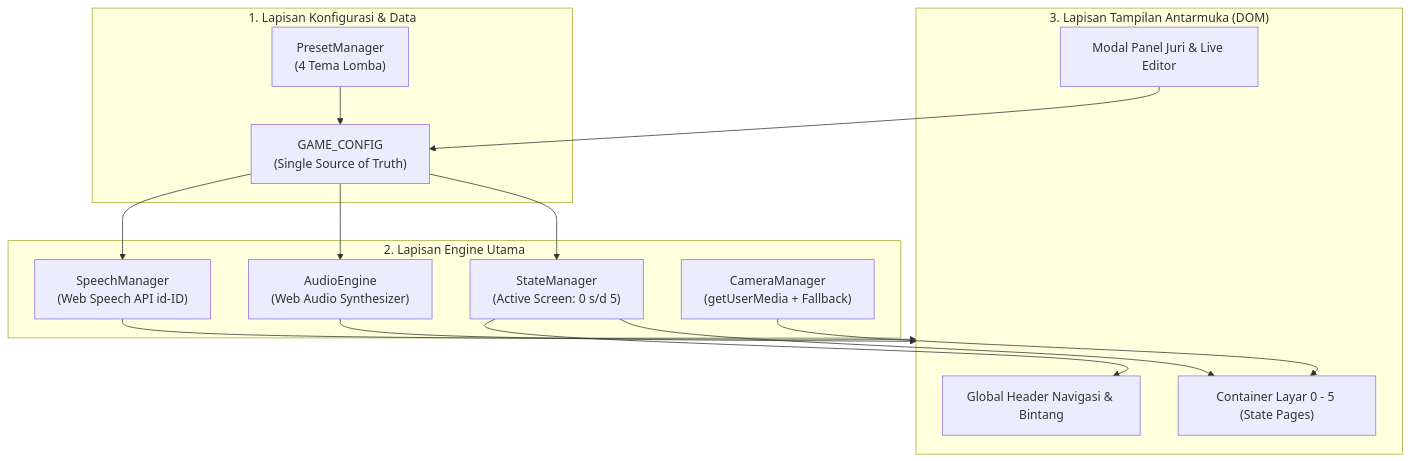
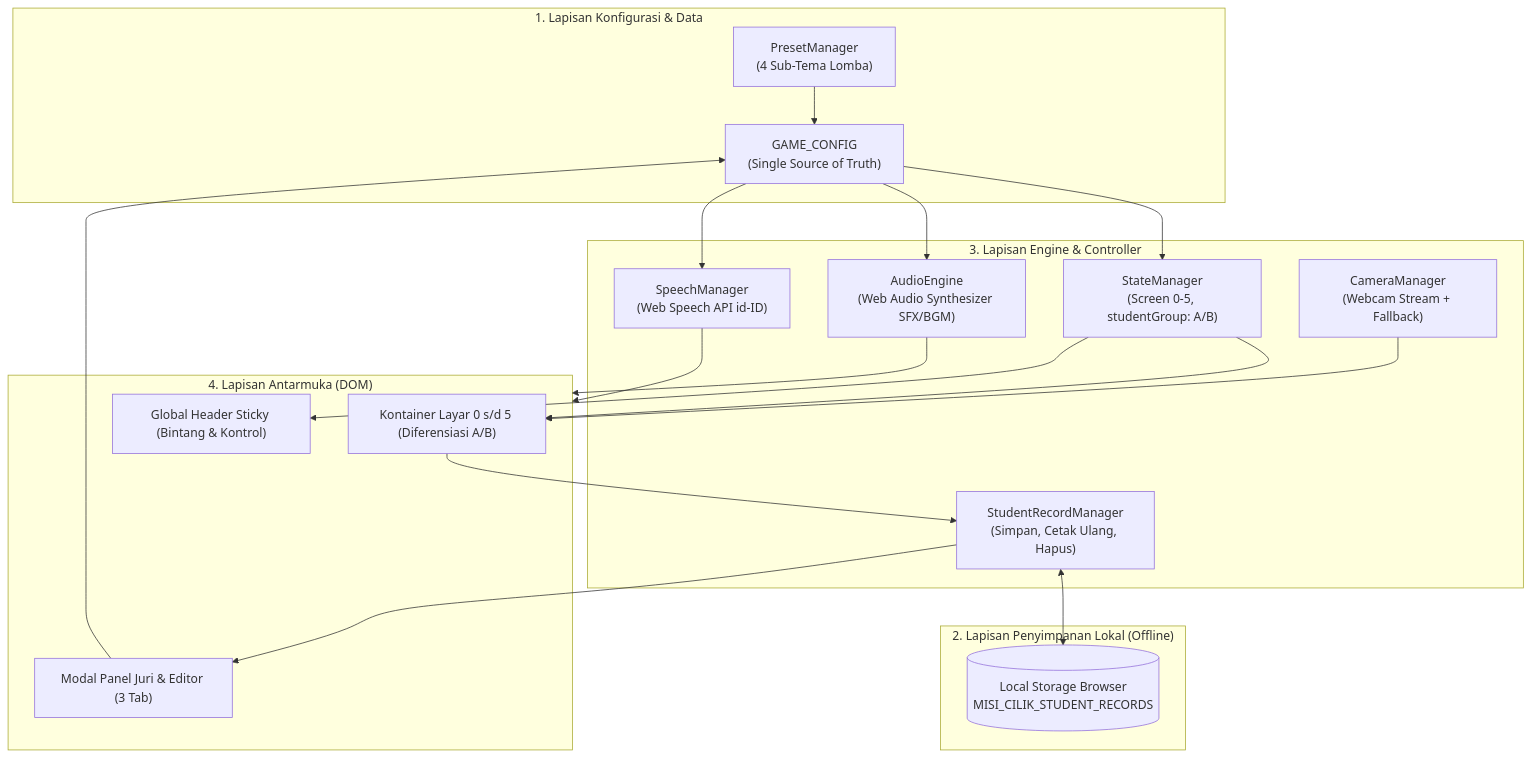
Before and after one commit to bud1purwanto/Misi-Cilik-Games-Edukasi: the first of 2 diagrams in docs/03_architecture/system_architecture.md, drawn with Mermaid. The commit also changed other lines of this file and 7 other files, not shown here.

Commit message:
docs: sinkronisasi dokumentasi md dengan fitur diferensiasi kelompok A & B, hierarki judul, dan rekapitulasi local storage

````diff
--- a/docs/03_architecture/system_architecture.md
+++ b/docs/03_architecture/system_architecture.md
@@ -11,32 +11,41 @@
 ```mermaid
 flowchart TD
     subgraph ConfigLayer["1. Lapisan Konfigurasi & Data"]
         GC["GAME_CONFIG<br>(Single Source of Truth)"]
-        Presets["PresetManager<br>(4 Tema Lomba)"]
+        Presets["PresetManager<br>(4 Sub-Tema Lomba)"]
         Presets --> GC
     end
 
-    subgraph CoreEngine["2. Lapisan Engine Utama"]
-        SM["StateManager<br>(Active Screen: 0 s/d 5)"]
-        AM["AudioEngine<br>(Web Audio Synthesizer)"]
-        TTS["SpeechManager<br>(Web Speech API id-ID)"]
-        CAM["CameraManager<br>(getUserMedia + Fallback)"]
+    subgraph StorageLayer["2. Lapisan Penyimpanan Lokal (Offline)"]
+        LS[("Local Storage Browser<br>MISI_CILIK_STUDENT_RECORDS")]
     end
 
-    subgraph ViewLayer["3. Lapisan Tampilan Antarmuka (DOM)"]
-        Header["Global Header Navigasi & Bintang"]
-        Screens["Container Layar 0 - 5 (State Pages)"]
-        ModalJuri["Modal Panel Juri & Live Editor"]
+    subgraph CoreEngine["3. Lapisan Engine & Controller"]
+        SM["StateManager<br>(Screen 0-5, studentGroup: A/B)"]
+        AM["AudioEngine<br>(Web Audio Synthesizer SFX/BGM)"]
+        TTS["SpeechManager<br>(Web Speech API id-ID)"]
+        CAM["CameraManager<br>(Webcam Stream + Fallback)"]
+        STM["StudentRecordManager<br>(Simpan, Cetak Ulang, Hapus)"]
+    end
+
+    subgraph ViewLayer["4. Lapisan Antarmuka (DOM)"]
+        Header["Global Header Sticky (Bintang & Kontrol)"]
+        Screens["Kontainer Layar 0 s/d 5 (Diferensiasi A/B)"]
+        ModalJuri["Modal Panel Juri & Editor (3 Tab)"]
     end
 
     GC --> SM
     GC --> AM
     GC --> TTS
     
     SM --> Screens
     SM --> Header
     AM --> ViewLayer
     TTS --> ViewLayer
     CAM --> Screens
+    
+    Screens --> STM
+    STM <--> LS
+    STM --> ModalJuri
     ModalJuri --> GC
 ```
````
